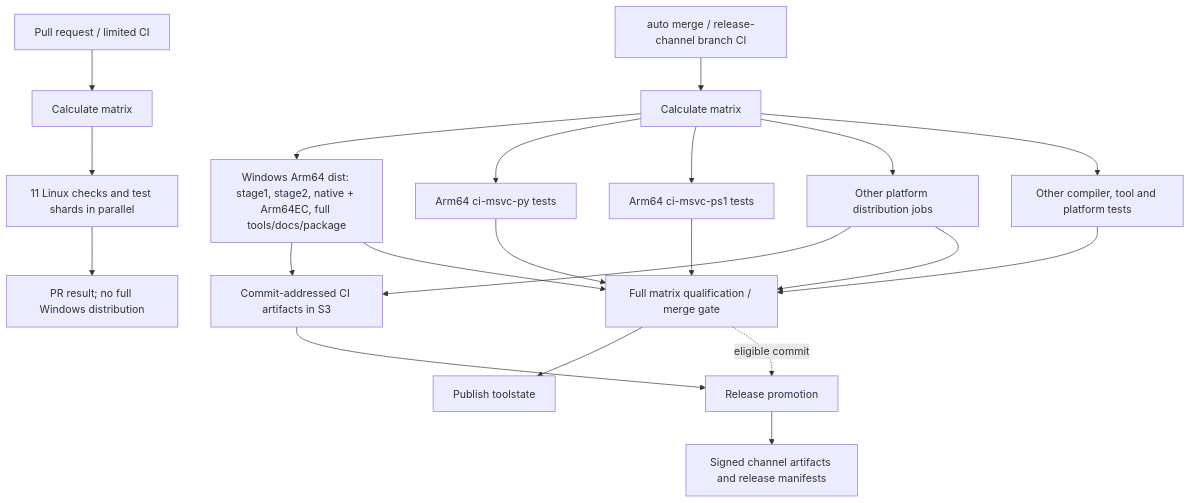
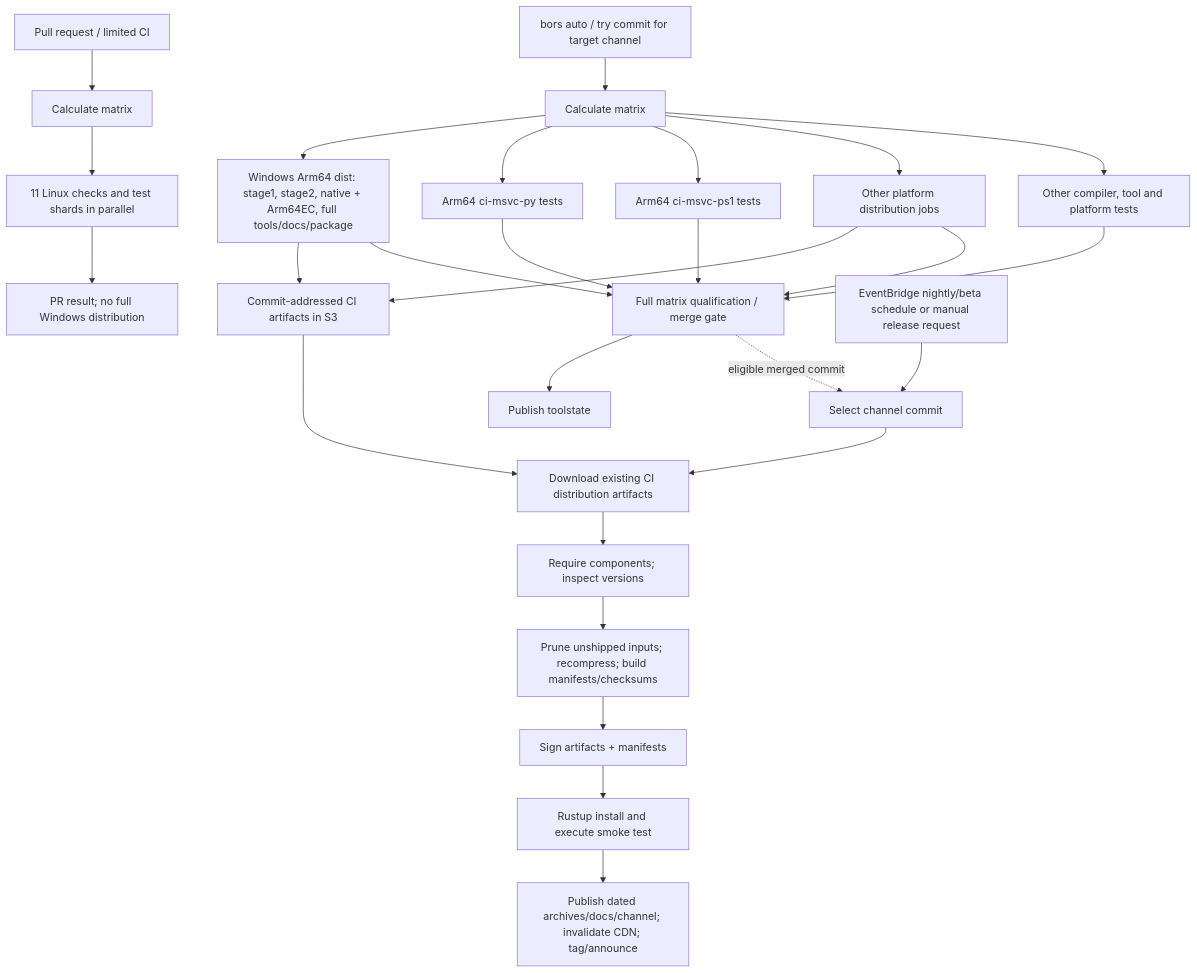
Before and after one commit to marcpems/IronRDP-ci-benchmark: the diagram in ci-benchmark/build-time/README.md, drawn with Mermaid. The commit also changed other lines of this file and 46 other files, not shown here.

Commit message:
docs: rank critical-path options and trace release promotion

````diff
--- a/ci-benchmark/build-time/README.md
+++ b/ci-benchmark/build-time/README.md
@@ -86,23 +131,29 @@
 ```mermaid
 flowchart TD
   PR[Pull request / limited CI] --> PM[Calculate matrix]
   PM --> PC[11 Linux checks and test shards in parallel]
   PC --> PRGate[PR result; no full Windows distribution]
-  Merge[auto merge / release-channel branch CI] --> MM[Calculate matrix]
+  Merge[bors auto / try commit for target channel] --> MM[Calculate matrix]
   MM --> AD[Windows Arm64 dist: stage1, stage2, native + Arm64EC, full tools/docs/package]
   MM --> AT1[Arm64 ci-msvc-py tests]
   MM --> AT2[Arm64 ci-msvc-ps1 tests]
   MM --> OD[Other platform distribution jobs]
   MM --> OT[Other compiler, tool and platform tests]
   AD --> CIStore[Commit-addressed CI artifacts in S3]
   OD --> CIStore
   AD --> Gate[Full matrix qualification / merge gate]
   AT1 --> Gate
   AT2 --> Gate
   OD --> Gate
   OT --> Gate
   Gate --> TS[Publish toolstate]
-  Gate -.eligible commit.-> Promote[Release promotion]
-  CIStore --> Promote
-  Promote --> Published[Signed channel artifacts and release manifests]
+  Gate -.eligible merged commit.-> Promote[Select channel commit]
+  Schedule[EventBridge nightly/beta schedule or manual release request] --> Promote
+  CIStore --> Download[Download existing CI distribution artifacts]
+  Promote --> Download
+  Download --> Check[Require components; inspect versions]
+  Check --> Recompress[Prune unshipped inputs; recompress; build manifests/checksums]
+  Recompress --> Sign[Sign artifacts + manifests]
+  Sign --> Smoke[Rustup install and execute smoke test]
+  Smoke --> Published[Publish dated archives/docs/channel; invalidate CDN; tag/announce]
 ```
````
